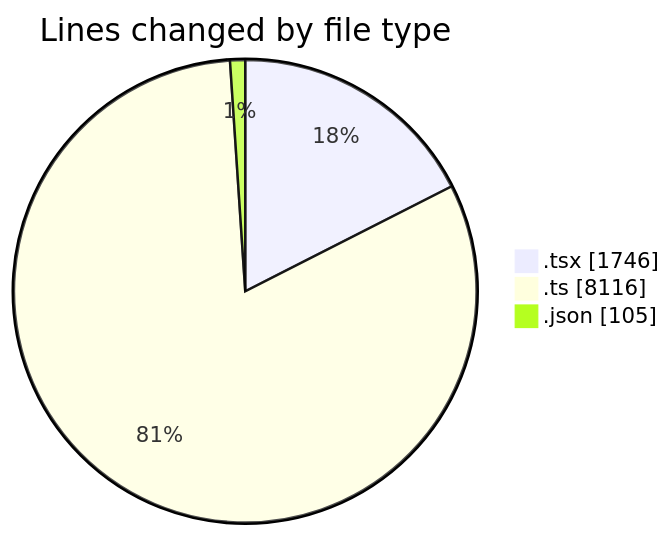
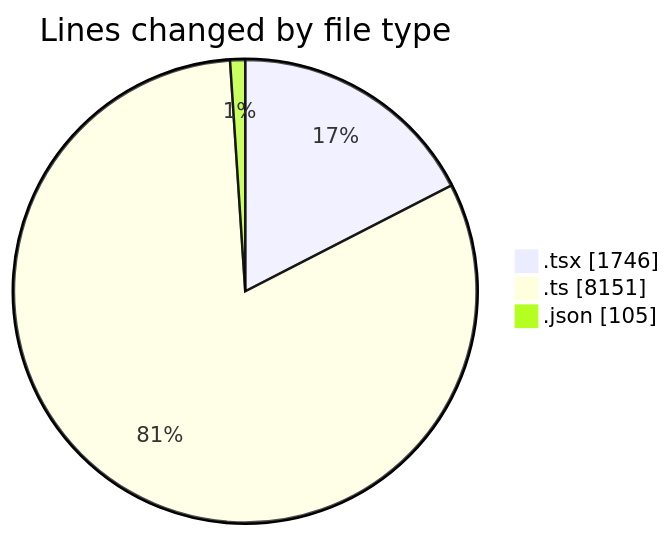
Before and after one commit to momahboobian/code-tracking: the first of 2 diagrams in 2025-07-09/cda/README.md, drawn with Mermaid. The commit also changed other lines of this file and 1 other file, not shown here.

````diff
--- a/2025-07-09/cda/README.md
+++ b/2025-07-09/cda/README.md
@@ -27,7 +27,7 @@
 ```mermaid
 pie showData
 title Lines changed by file type
 ".tsx" : 1746
-".ts" : 8116
+".ts" : 8151
 ".json" : 105
 ```
````
